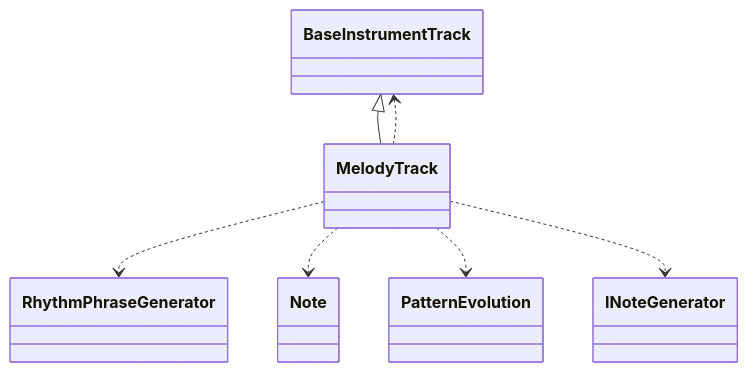
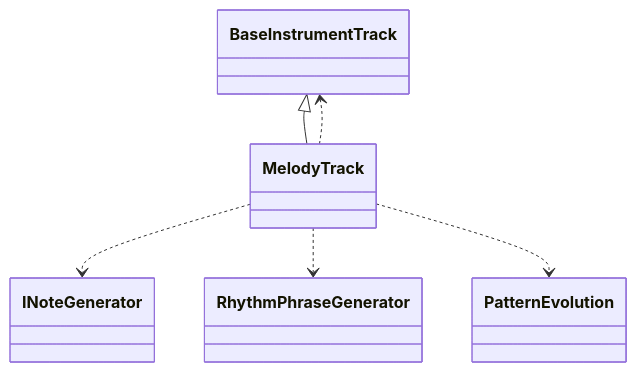
Before and after one commit to schnock-art/project_inspector: the fifth of 39 diagrams in test/test.md, drawn with Mermaid. The commit also changed other lines of this file and 3 other files, not shown here.

````diff
--- a/test/test.md
+++ b/test/test.md
@@ -202,9 +200,8 @@
 ```mermaid
 classDiagram
 BaseInstrumentTrack <|-- MelodyTrack
+MelodyTrack ..> INoteGenerator
+MelodyTrack ..> BaseInstrumentTrack
 MelodyTrack ..> RhythmPhraseGenerator
-MelodyTrack ..> BaseInstrumentTrack
-MelodyTrack ..> Note
 MelodyTrack ..> PatternEvolution
-MelodyTrack ..> INoteGenerator
 ```
````
